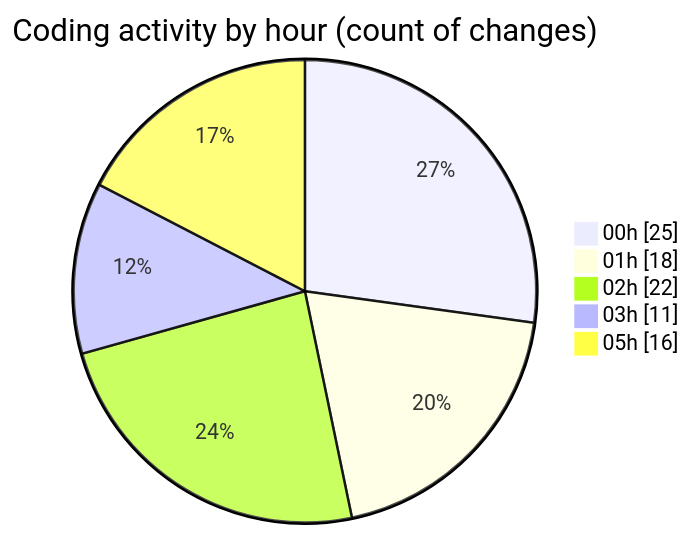
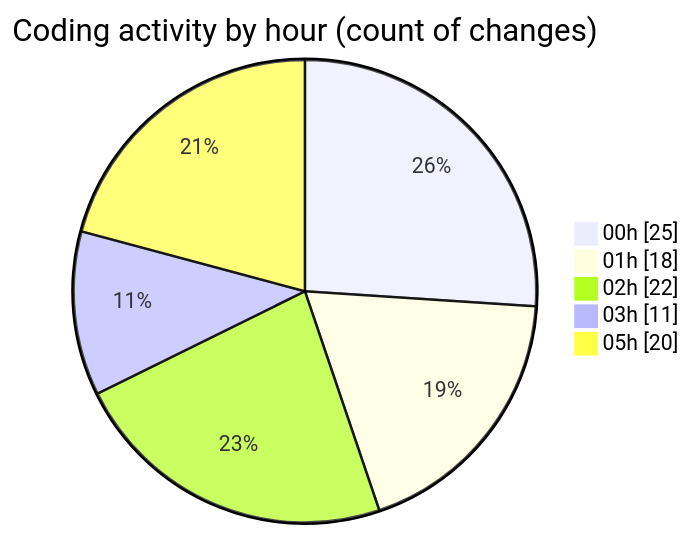
The second of 2 diagrams in 2025-07-18/ribbon/README.md (EIIisD/code-tracking), drawn with Mermaid before and after one commit. The commit also changed other lines of this file and 1 other file, not shown here.

````diff
--- a/2025-07-18/ribbon/README.md
+++ b/2025-07-18/ribbon/README.md
@@ -40,9 +40,9 @@
 ```mermaid
 pie showData
 title Coding activity by hour (count of changes)
 "00h" : 25
 "01h" : 18
 "02h" : 22
 "03h" : 11
-"05h" : 16
+"05h" : 20
 ```
````
